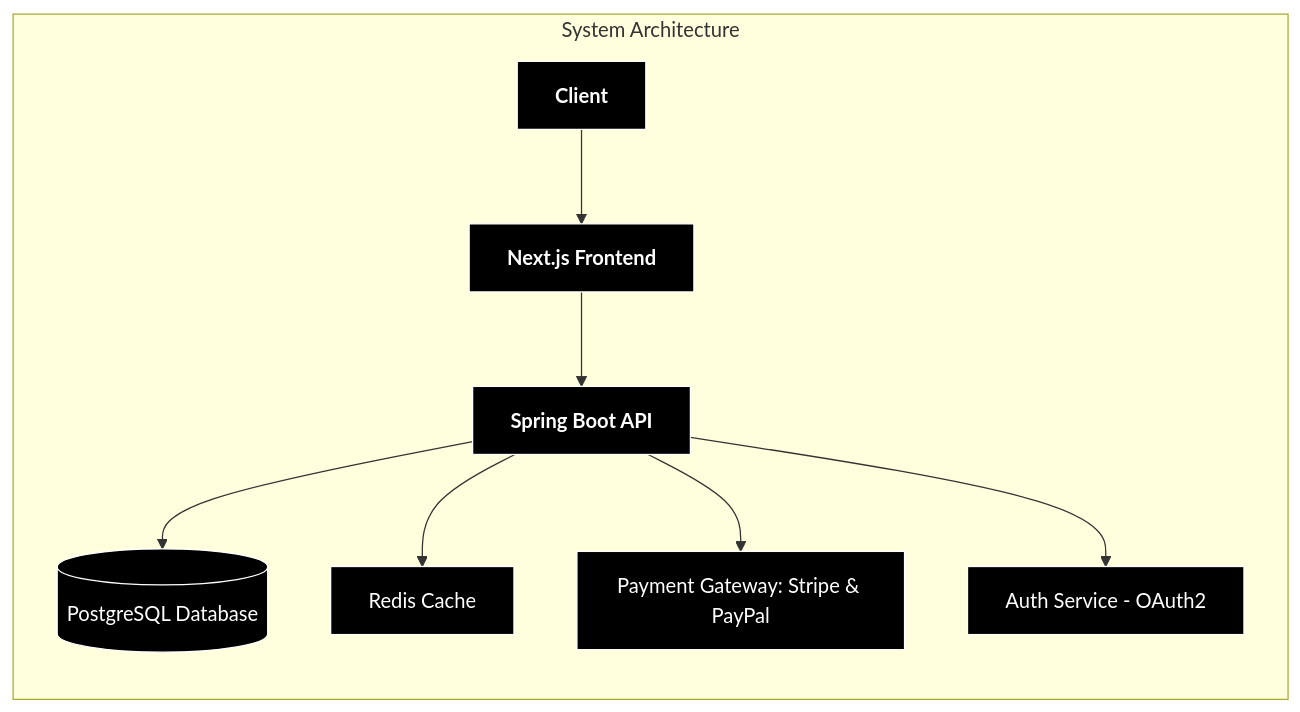
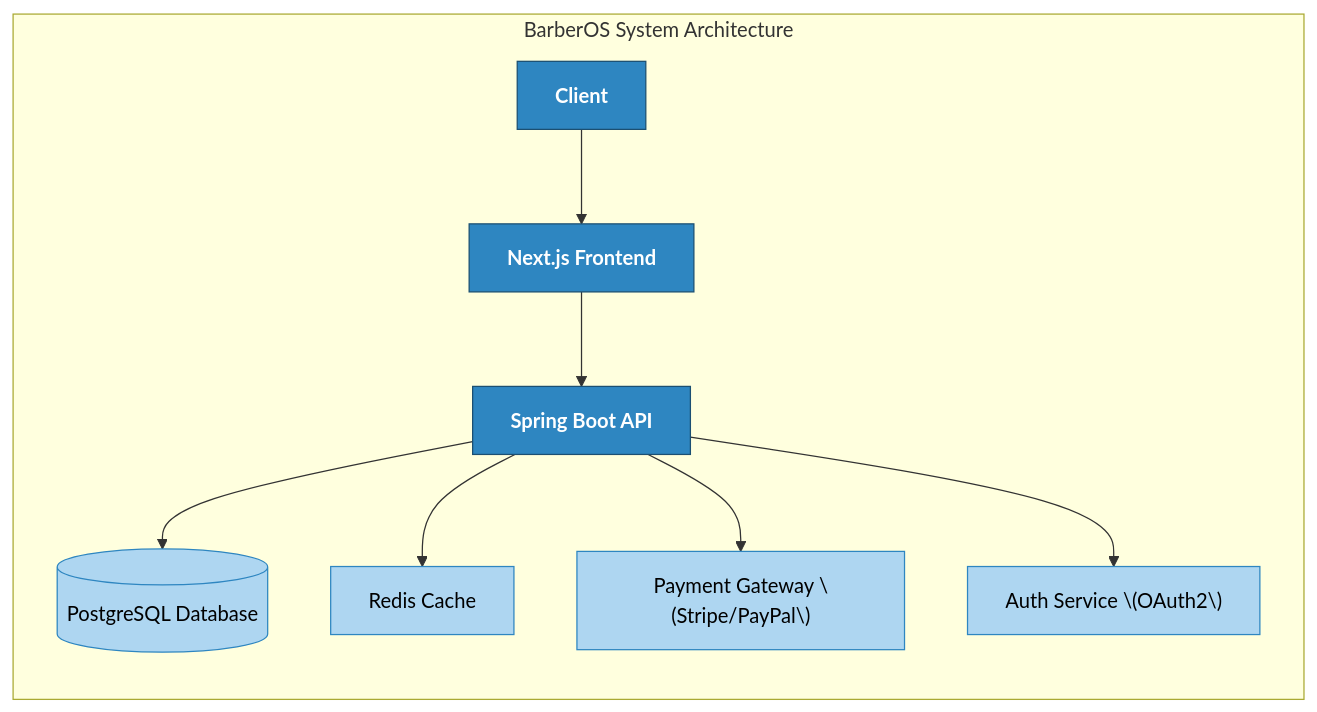
The first of 2 diagrams in README.md (aharoJ/barbershop), drawn with Mermaid before and after one commit.

````diff
--- a/README.md
+++ b/README.md
@@ -47,18 +47,18 @@
 ```mermaid
 graph LR
-  subgraph "System Architecture"
+  subgraph "BarberOS System Architecture"
     A[Client] --> B[Next.js Frontend]
     B --> C[Spring Boot API]
     C --> D[(PostgreSQL Database)]
     C --> E[Redis Cache]
-    C --> F[Payment Gateway: Stripe & PayPal]
-    C --> G[Auth Service - OAuth2]
+    C --> F["Payment Gateway \(Stripe/PayPal\)"]
+    C --> G["Auth Service \(OAuth2\)"]
   end
 
-  %% Dark Mode Styling
-  classDef primary fill:black,stroke:white,color:white,font-weight:bold;
-  classDef secondary fill:black,stroke:white,color:white;
-
+  classDef primary fill:#2E86C1,stroke:#1B4F72,color:white,font-weight:bold;
+  classDef secondary fill:#AED6F1,stroke:#2E86C1,color:black;
+  
   class A,B,C primary;
   class D,E,F,G secondary;
+
 ```
````
